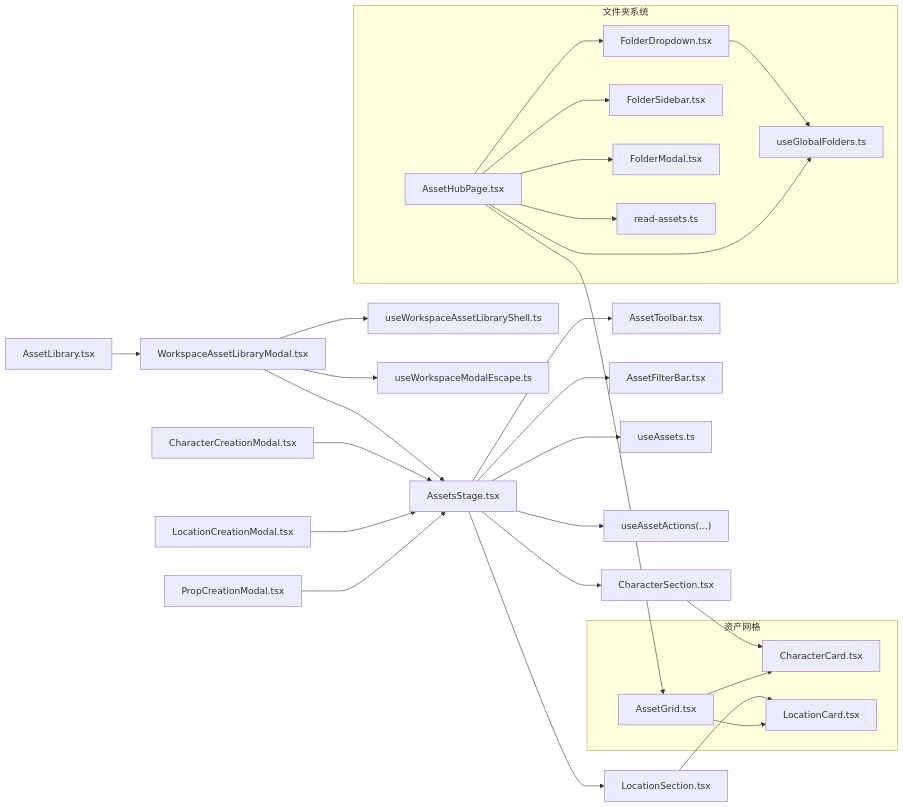
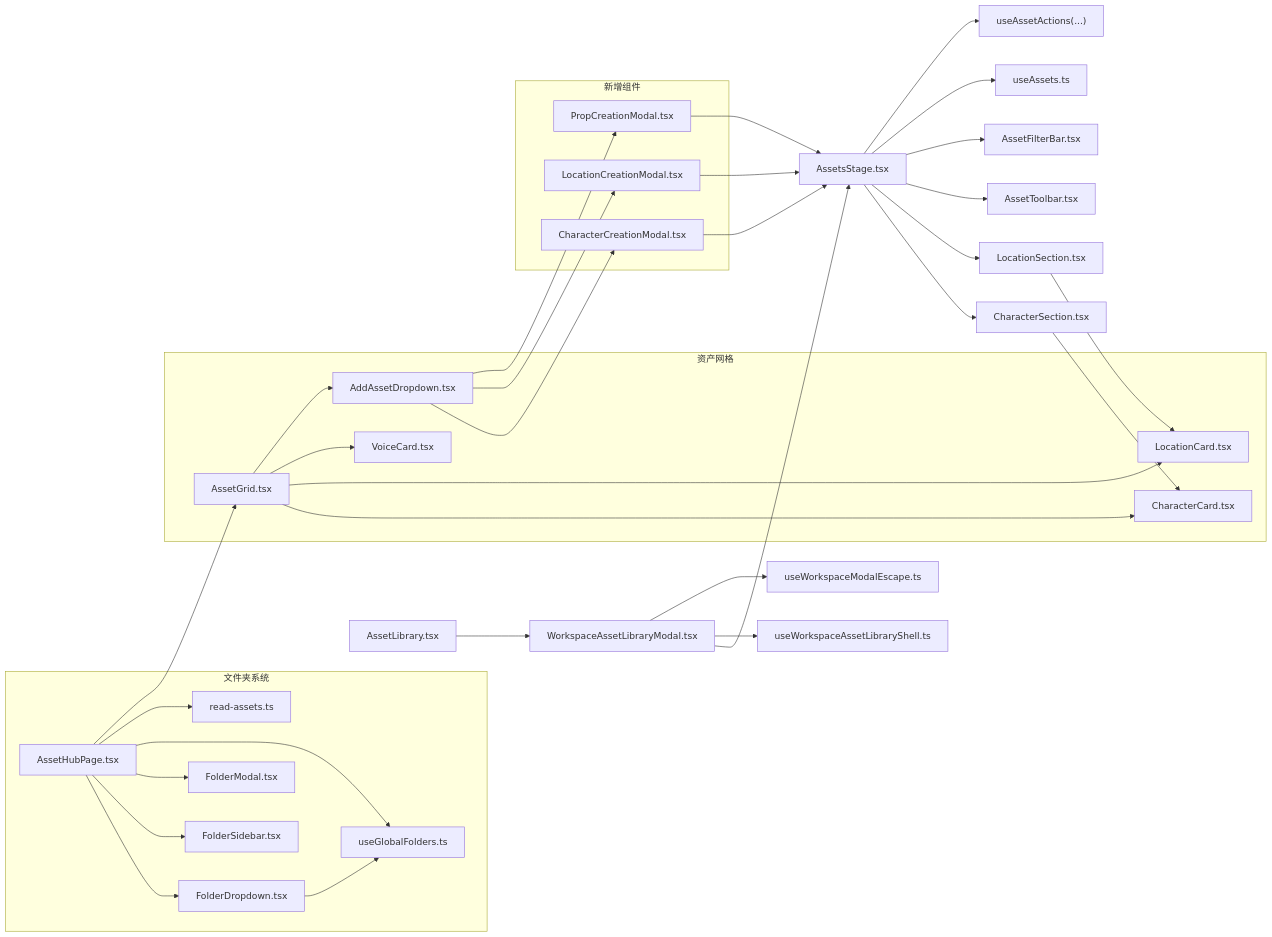
Before and after one commit to lyl2021/waoowaoo: the fifth of 5 diagrams in .qoder/repowiki/zh/content/前端组件架构/工作区组件/资产管理组件.md, drawn with Mermaid. The commit also changed other lines of this file and 20 other files, not shown here.

````diff
--- a/.qoder/repowiki/zh/content/前端组件架构/工作区组件/资产管理组件.md
+++ b/.qoder/repowiki/zh/content/前端组件架构/工作区组件/资产管理组件.md
@@ -393,31 +449,38 @@
 ```mermaid
 graph LR
 AS["AssetsStage.tsx"] --> CS["CharacterSection.tsx"]
 AS --> LS["LocationSection.tsx"]
 AS --> AT["AssetToolbar.tsx"]
 AS --> AF["AssetFilterBar.tsx"]
 CS --> CC["CharacterCard.tsx"]
 LS --> LC["LocationCard.tsx"]
 AS --> UA["useAssets.ts"]
 AS --> UAA["useAssetActions(...)"]
 WALM["WorkspaceAssetLibraryModal.tsx"] --> AS
 AL["AssetLibrary.tsx"] --> WALM
 CCM["CharacterCreationModal.tsx"] --> AS
 LCM["LocationCreationModal.tsx"] --> AS
 PCM["PropCreationModal.tsx"] --> AS
 WALM --> UWS["useWorkspaceAssetLibraryShell.ts"]
 WALM --> UWE["useWorkspaceModalEscape.ts"]
 subgraph "文件夹系统"
 AH["AssetHubPage.tsx"] --> FD["FolderDropdown.tsx"]
 AH --> FS["FolderSidebar.tsx"]
 AH --> FM["FolderModal.tsx"]
 FD --> UGF["useGlobalFolders.ts"]
 AH --> UGF
 AH --> RGA["read-assets.ts"]
 end
 subgraph "资产网格"
 AH --> AG["AssetGrid.tsx"]
 AG --> CC["CharacterCard.tsx"]
 AG --> LC["LocationCard.tsx"]
+AG --> VC["VoiceCard.tsx"]
+AG --> AAD["AddAssetDropdown.tsx"]
+end
+subgraph "新增组件"
+AAD --> CCM
+AAD --> LCM
+AAD --> PCM
 end
 ```
````
